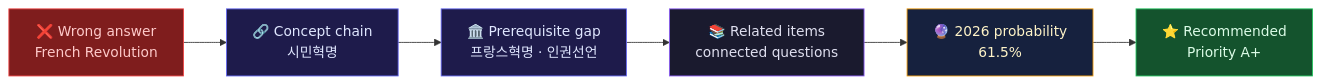
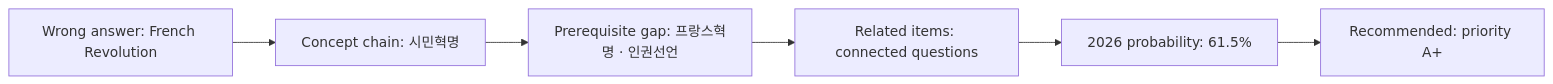
One commit to leekangmmin/EJUScore changed the second of 2 diagrams in README.md. Above: the diagram before and after it, drawn with Mermaid. The commit also changed other lines of this file and 25 other files, not shown here.

````diff
--- a/README.md
+++ b/README.md
@@ -219,15 +176,8 @@
 ```mermaid
 flowchart LR
-    A["❌ Wrong answer<br/>French Revolution"] --> B["🔗 Concept chain<br/>시민혁명"]
-    B --> C["🏛️ Prerequisite gap<br/>프랑스혁명 · 인권선언"]
-    C --> D["📚 Related items<br/>connected questions"]
-    D --> E["🔮 2026 probability<br/>61.5%"]
-    E --> F["⭐ Recommended<br/>Priority A+"]
-
-    style A fill:#7f1d1d,stroke:#ef4444,color:#fecaca
-    style B fill:#1e1b4b,stroke:#6366f1,color:#e0e7ff
-    style C fill:#1e1b4b,stroke:#6366f1,color:#e0e7ff
-    style D fill:#1a1a2e,stroke:#8b5cf6,color:#e0e0f0
-    style E fill:#16213e,stroke:#f59e0b,color:#fef3c7
-    style F fill:#14532d,stroke:#22c55e,color:#dcfce7
+    A["Wrong answer: French Revolution"] --> B["Concept chain: 시민혁명"]
+    B --> C["Prerequisite gap: 프랑스혁명 · 인권선언"]
+    C --> D["Related items: connected questions"]
+    D --> E["2026 probability: 61.5%"]
+    E --> F["Recommended: priority A+"]
 ```
````
